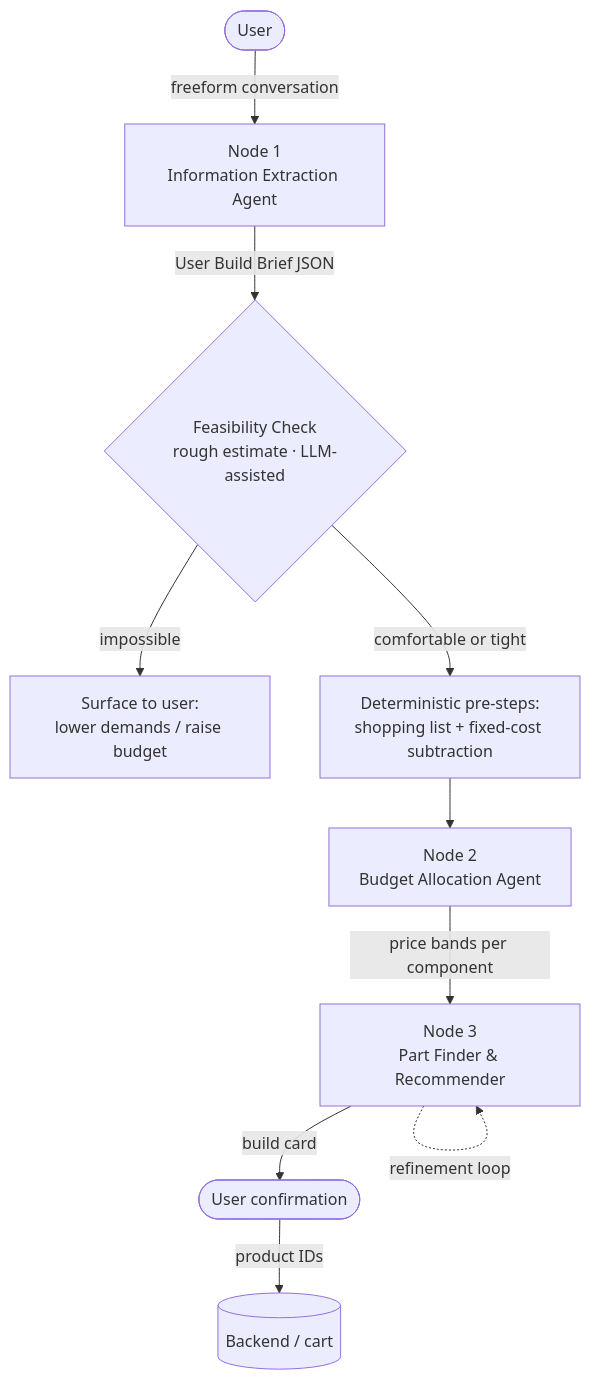
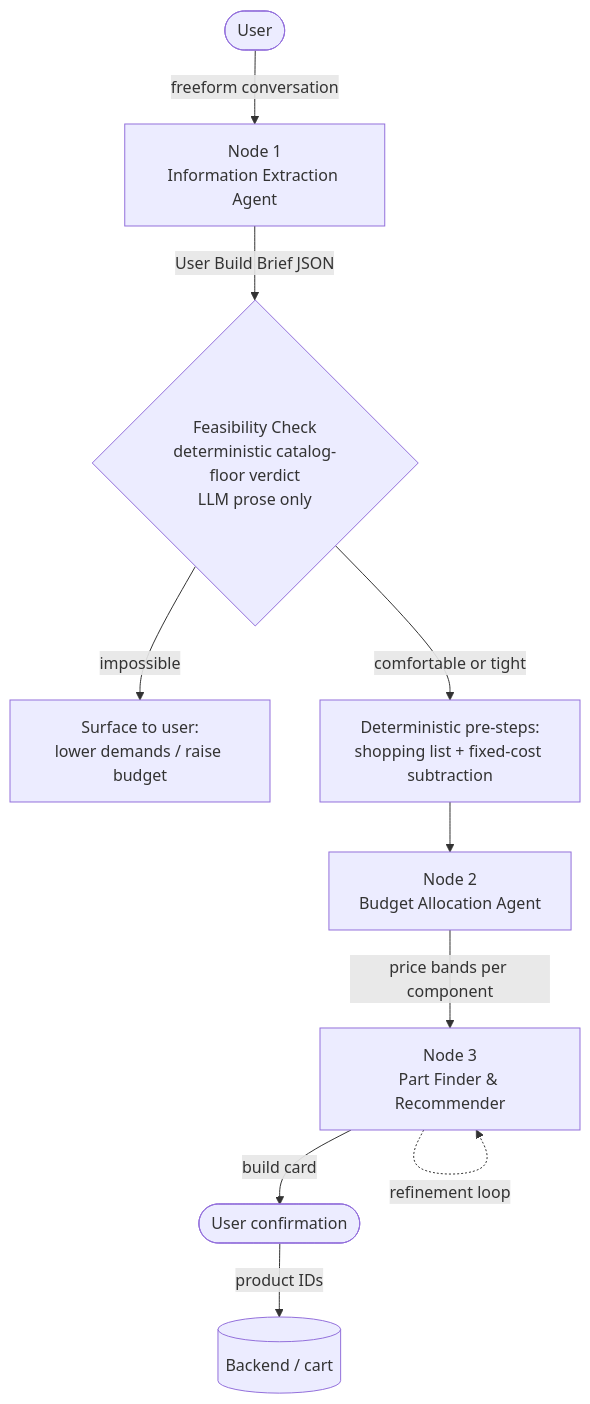
One commit to Arnav1108/Karma changed the first of 2 diagrams in karma ai/DESIGN.md. Above: the diagram before and after it, drawn with Mermaid. The commit also changed other lines of this file, not shown here.

````diff
--- a/karma ai/DESIGN.md
+++ b/karma ai/DESIGN.md
@@ -17,12 +17,12 @@
 ```mermaid
 flowchart TD
     U([User]) -->|freeform conversation| N1[Node 1<br/>Information Extraction Agent]
-    N1 -->|User Build Brief JSON| FC{Feasibility Check<br/>rough estimate · LLM-assisted}
+    N1 -->|User Build Brief JSON| FC{Feasibility Check<br/>deterministic catalog-floor verdict<br/>LLM prose only}
     FC -->|impossible| FAIL[Surface to user:<br/>lower demands / raise budget]
     FC -->|comfortable or tight| PRE[Deterministic pre-steps:<br/>shopping list + fixed-cost subtraction]
     PRE --> N2[Node 2<br/>Budget Allocation Agent]
     N2 -->|price bands per component| N3[Node 3<br/>Part Finder & Recommender]
     N3 -->|build card| CONFIRM([User confirmation])
     CONFIRM -->|product IDs| BACKEND[(Backend / cart)]
     N3 -. refinement loop .-> N3
 ```
````
